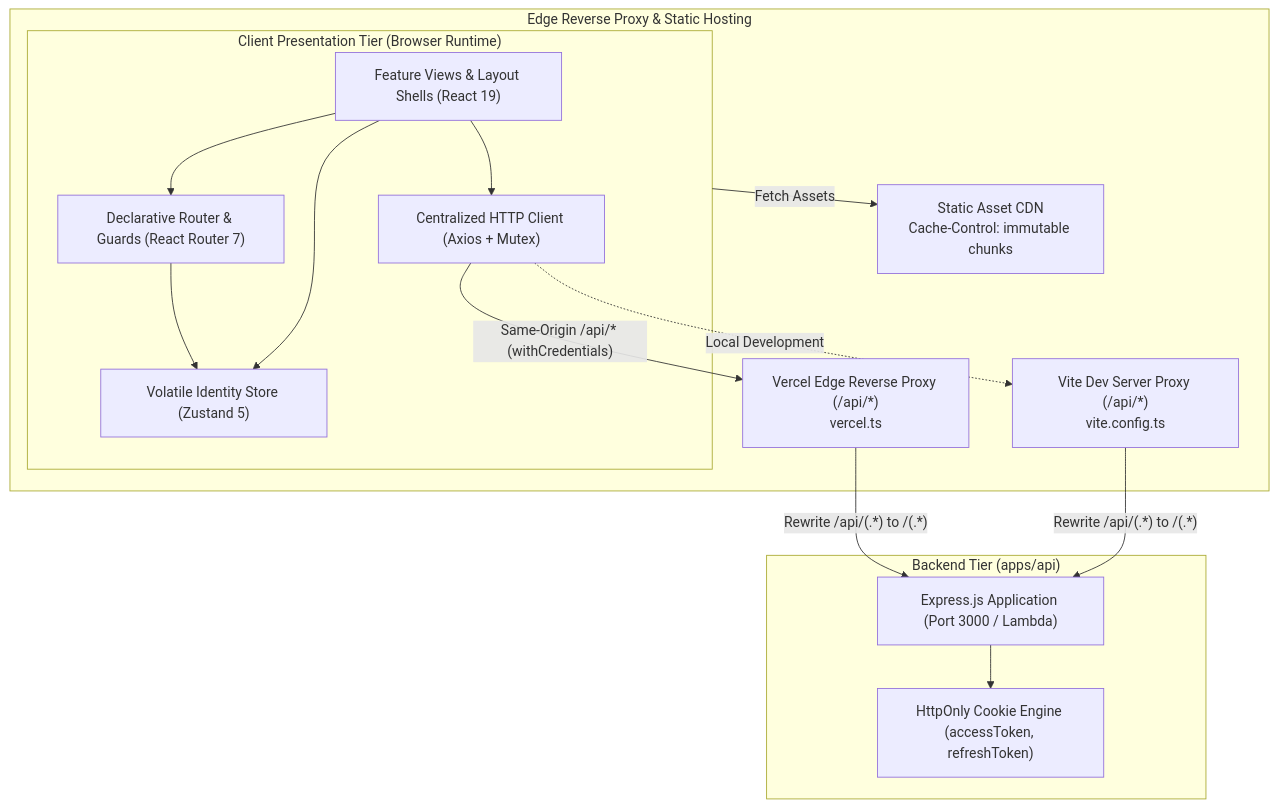
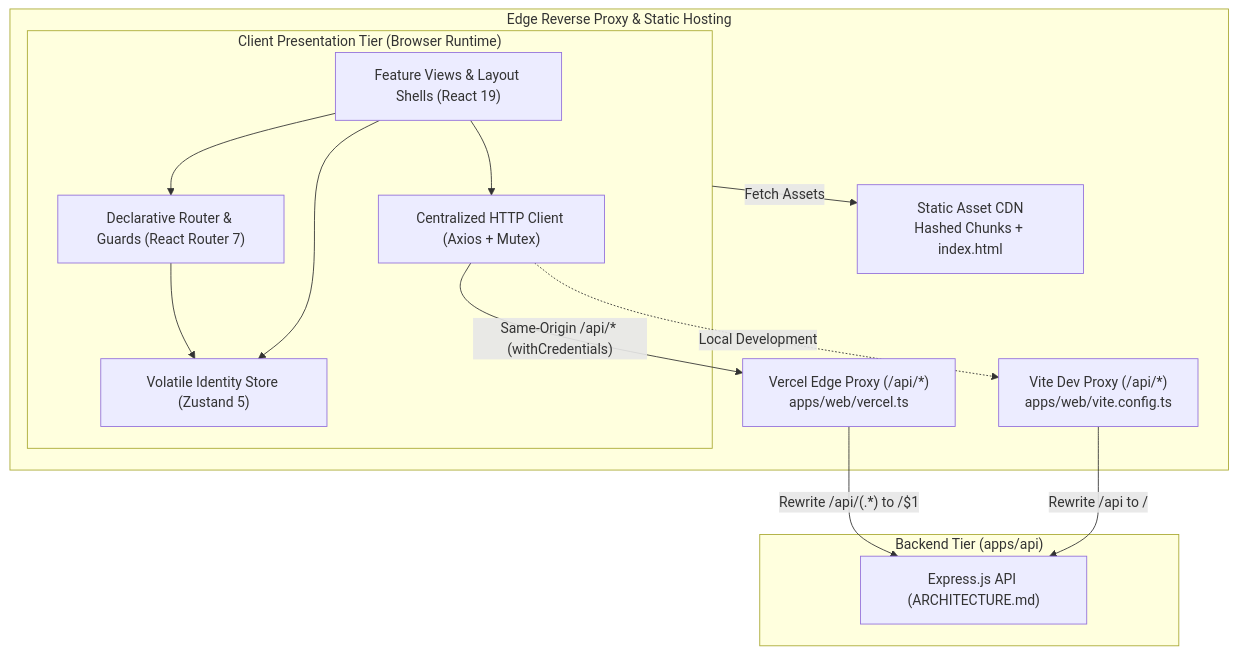
The first of 9 diagrams in docs/FRONTEND_ARCHITECTURE.md (utkarshj014/authsphere), drawn with Mermaid before and after one commit. The commit also changed other lines of this file and 5 other files, not shown here.

````diff
--- a/docs/FRONTEND_ARCHITECTURE.md
+++ b/docs/FRONTEND_ARCHITECTURE.md
@@ -32,33 +33,30 @@
 ```mermaid
 flowchart TD
     subgraph Browser ["Client Presentation Tier (Browser Runtime)"]
         UI["Feature Views & Layout Shells (React 19)"]
         Router["Declarative Router & Guards (React Router 7)"]
         Store["Volatile Identity Store (Zustand 5)"]
         Client["Centralized HTTP Client (Axios + Mutex)"]
 
         UI --> Router
         Router --> Store
         UI --> Store
         UI --> Client
     end
 
     subgraph Edge ["Edge Reverse Proxy & Static Hosting"]
-        EdgeProxy["Vercel Edge Reverse Proxy (/api/*)<br/>vercel.ts"]
-        DevProxy["Vite Dev Server Proxy (/api/*)<br/>vite.config.ts"]
-        CDN["Static Asset CDN<br/>Cache-Control: immutable chunks"]
+        EdgeProxy["Vercel Edge Proxy (/api/*)<br/>apps/web/vercel.ts"]
+        DevProxy["Vite Dev Proxy (/api/*)<br/>apps/web/vite.config.ts"]
+        CDN["Static Asset CDN<br/>Hashed Chunks + index.html"]
 
         Client -->|"Same-Origin /api/* (withCredentials)"| EdgeProxy
         Client -.->|"Local Development"| DevProxy
         Browser -->|"Fetch Assets"| CDN
     end
 
     subgraph Backend ["Backend Tier (apps/api)"]
-        API["Express.js Application (Port 3000 / Lambda)"]
-        CookieEngine["HttpOnly Cookie Engine (accessToken, refreshToken)"]
-
-        EdgeProxy -->|"Rewrite /api/(.*) to /(.*)"| API
-        DevProxy -->|"Rewrite /api/(.*) to /(.*)"| API
-        API --> CookieEngine
+        API["Express.js API (ARCHITECTURE.md)"]
+        EdgeProxy -->|"Rewrite /api/(.*) to /$1"| API
+        DevProxy -->|"Rewrite /api to /"| API
     end
 ```
````
